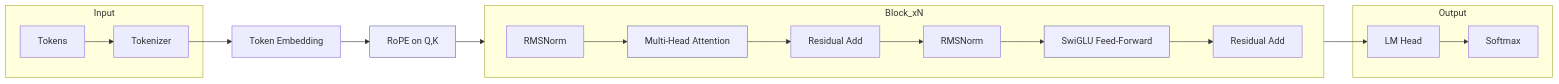
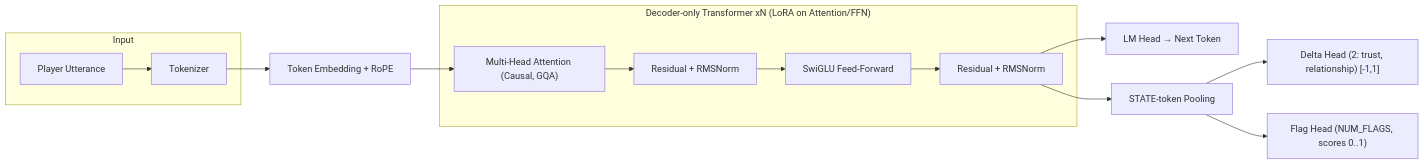
Before and after one commit to m97j/persona-chat-engine: the first of 4 diagrams in README.md, drawn with Mermaid. The commit also changed other lines of this file, not shown here.

````diff
--- a/README.md
+++ b/README.md
@@ -31,26 +31,24 @@
 ```mermaid
 flowchart LR
   subgraph Input
-    T[Tokens]
-    E[Tokenizer]
+    U["Player Utterance"] --> Tok["Tokenizer"]
   end
-  T --> E --> I[Token Embedding]
-  P[RoPE on Q,K]:::op
-  subgraph Block_xN
-    direction LR
-    RN1[RMSNorm]
-    MHA[Multi-Head Attention]:::op
-    ADD1[Residual Add]
-    RN2[RMSNorm]
-    FFN[SwiGLU Feed-Forward]:::op
-    ADD2[Residual Add]
+
+  Tok --> Emb["Token Embedding + RoPE"]
+
+  subgraph DecoderOnly["Decoder-only Transformer xN (LoRA on Attention/FFN)"]
+    Attn["Multi-Head Attention (Causal, GQA)"]
+    R1["Residual + RMSNorm"]
+    FFN["SwiGLU Feed-Forward"]
+    R2["Residual + RMSNorm"]
   end
-  I --> P --> RN1 --> MHA --> ADD1 --> RN2 --> FFN --> ADD2
-  subgraph Output
-    H[LM Head]
-    S[Softmax]
-  end
-  Block_xN --> H --> S
+
+  Emb --> Attn --> R1 --> FFN --> R2
+
+  R2 --> LMHead["LM Head → Next Token"]
+  R2 --> Pool["STATE-token Pooling"]
+  Pool --> DeltaHead["Delta Head (2: trust, relationship) [-1,1]"]
+  Pool --> FlagHead["Flag Head (NUM_FLAGS, scores 0..1)"]
 
   classDef op fill:#eef,stroke:#669,stroke-width:1px;
 ```
````
